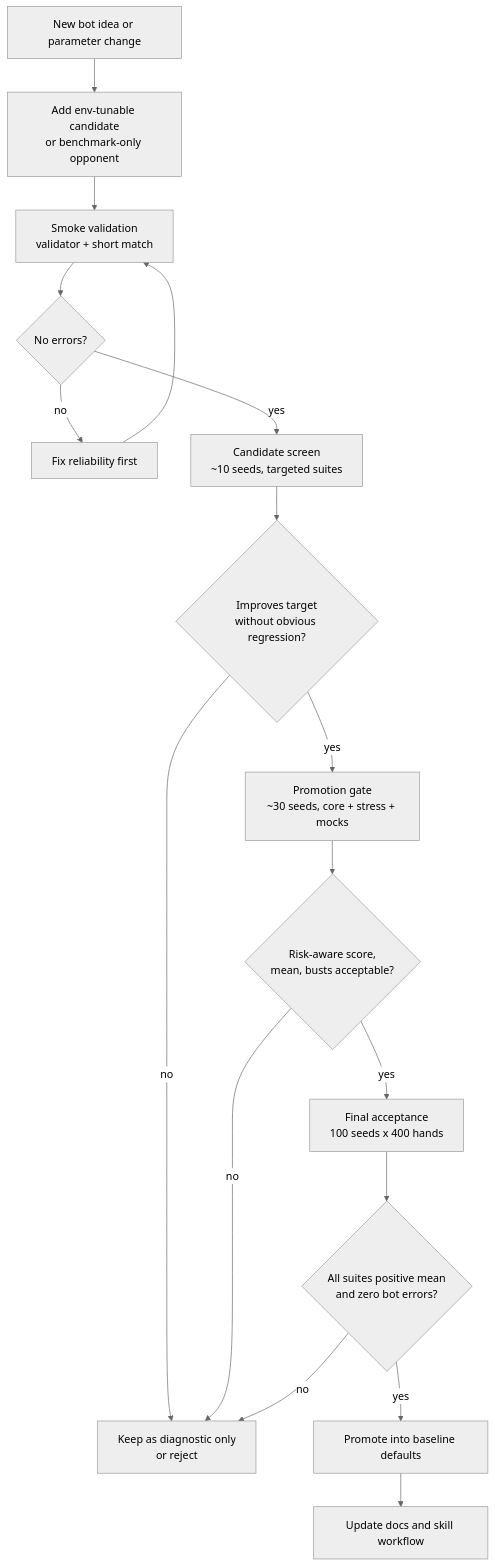
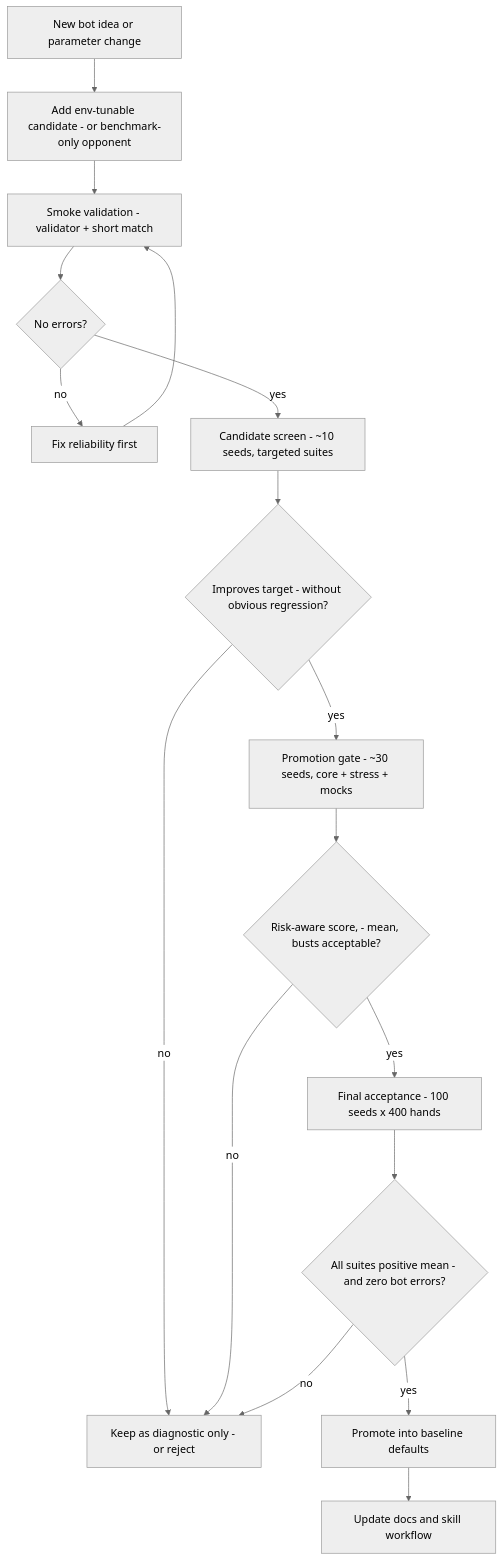
One commit to kosunghun317/fullhouse-engine changed the first of 2 diagrams in docs/heuristic-benchmark-results.md. Above: the diagram before and after it, drawn with Mermaid (neutral theme). The commit also changed other lines of this file and 13 other files, not shown here.

Commit message:
docs: normalize mermaid diagrams

````diff
--- a/docs/heuristic-benchmark-results.md
+++ b/docs/heuristic-benchmark-results.md
@@ -108,19 +108,19 @@
 ```mermaid
 graph TD
-    Idea["New bot idea or parameter change"] --> Implement["Add env-tunable candidate\nor benchmark-only opponent"]
-    Implement --> Smoke["Smoke validation\nvalidator + short match"]
+    Idea["New bot idea or parameter change"] --> Implement["Add env-tunable candidate - or benchmark-only opponent"]
+    Implement --> Smoke["Smoke validation - validator + short match"]
     Smoke --> SmokeOK{"No errors?"}
     SmokeOK -->|no| Fix["Fix reliability first"]
     Fix --> Smoke
-    SmokeOK -->|yes| Candidate["Candidate screen\n~10 seeds, targeted suites"]
-    Candidate --> CandidateWin{"Improves target\nwithout obvious regression?"}
-    CandidateWin -->|no| KeepKnob["Keep as diagnostic only\nor reject"]
-    CandidateWin -->|yes| Promotion["Promotion gate\n~30 seeds, core + stress + mocks"]
-    Promotion --> PromotionWin{"Risk-aware score,\nmean, busts acceptable?"}
+    SmokeOK -->|yes| Candidate["Candidate screen - ~10 seeds, targeted suites"]
+    Candidate --> CandidateWin{"Improves target - without obvious regression?"}
+    CandidateWin -->|no| KeepKnob["Keep as diagnostic only - or reject"]
+    CandidateWin -->|yes| Promotion["Promotion gate - ~30 seeds, core + stress + mocks"]
+    Promotion --> PromotionWin{"Risk-aware score, - mean, busts acceptable?"}
     PromotionWin -->|no| KeepKnob
-    PromotionWin -->|yes| Final["Final acceptance\n100 seeds x 400 hands"]
-    Final --> FinalOK{"All suites positive mean\nand zero bot errors?"}
+    PromotionWin -->|yes| Final["Final acceptance - 100 seeds x 400 hands"]
+    Final --> FinalOK{"All suites positive mean - and zero bot errors?"}
     FinalOK -->|no| KeepKnob
     FinalOK -->|yes| Default["Promote into baseline defaults"]
     Default --> Docs["Update docs and skill workflow"]
 ```
````
